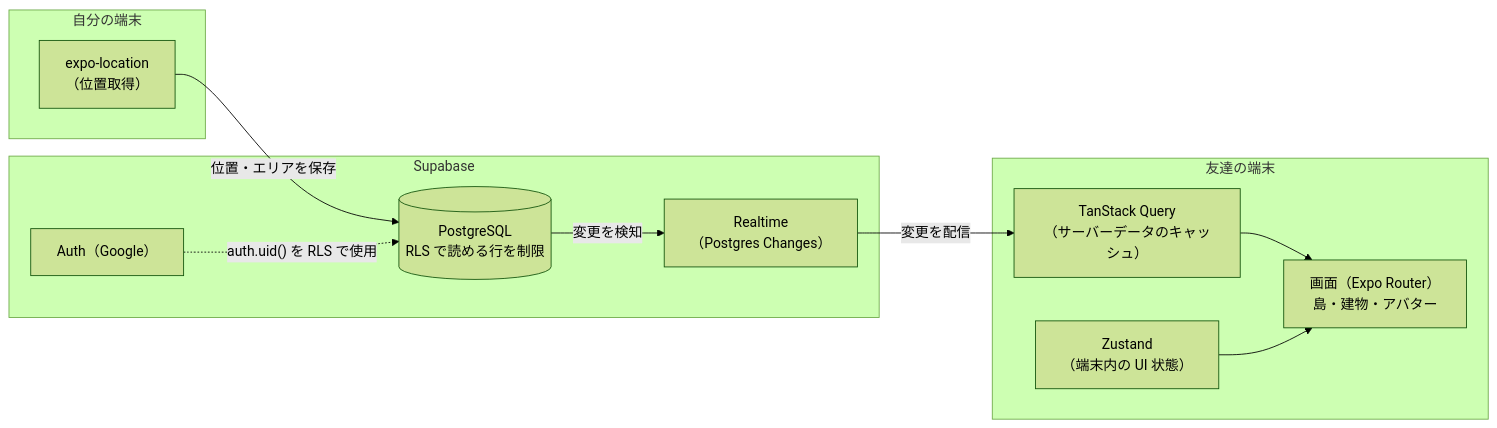
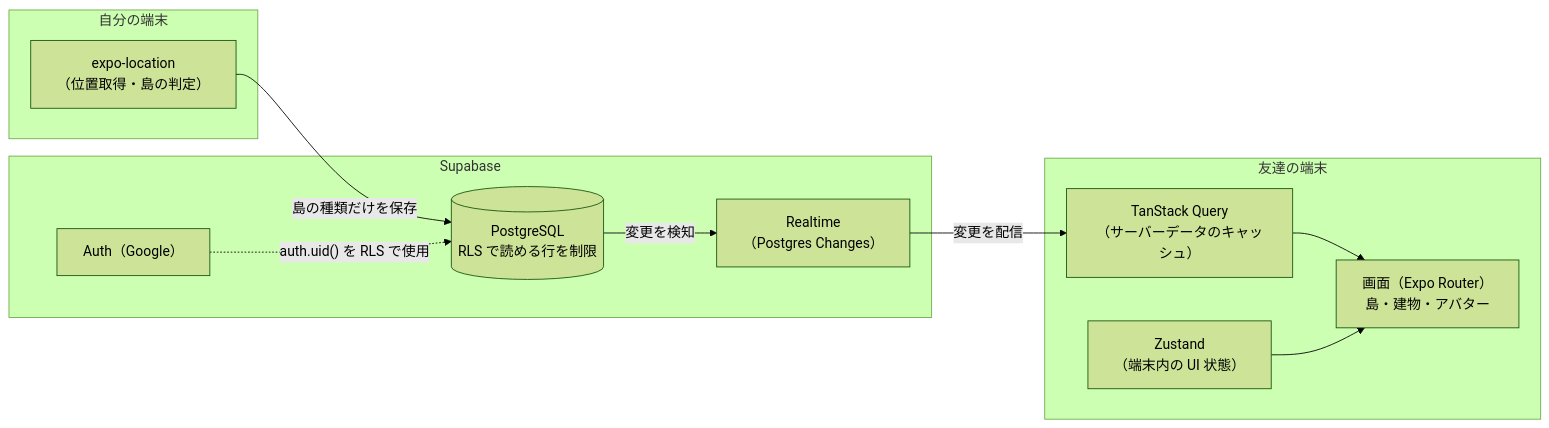
Before and after one commit to keee0053/shimanchu: the first of 2 diagrams in docs/ARCHITECTURE.md, drawn with Mermaid (forest theme). The commit also changed other lines of this file and 4 other files, not shown here.

````diff
--- a/docs/ARCHITECTURE.md
+++ b/docs/ARCHITECTURE.md
@@ -10,25 +10,25 @@
 ```mermaid
 flowchart LR
   subgraph me["自分の端末"]
-    loc["expo-location<br/>（位置取得）"]
+    loc["expo-location<br/>（位置取得・島の判定）"]
   end
 
   subgraph supabase["Supabase"]
     auth["Auth（Google）"]
     db[("PostgreSQL<br/>RLS で読める行を制限")]
     rt["Realtime<br/>（Postgres Changes）"]
   end
 
   subgraph friend["友達の端末"]
     query["TanStack Query<br/>（サーバーデータのキャッシュ）"]
     zustand["Zustand<br/>（端末内の UI 状態）"]
     screen["画面（Expo Router）<br/>島・建物・アバター"]
   end
 
-  loc -- "位置・エリアを保存" --> db
+  loc -- "島の種類だけを保存" --> db
   auth -. "auth.uid() を RLS で使用" .-> db
   db -- "変更を検知" --> rt
   rt -- "変更を配信" --> query
   query --> screen
   zustand --> screen
 ```
````
